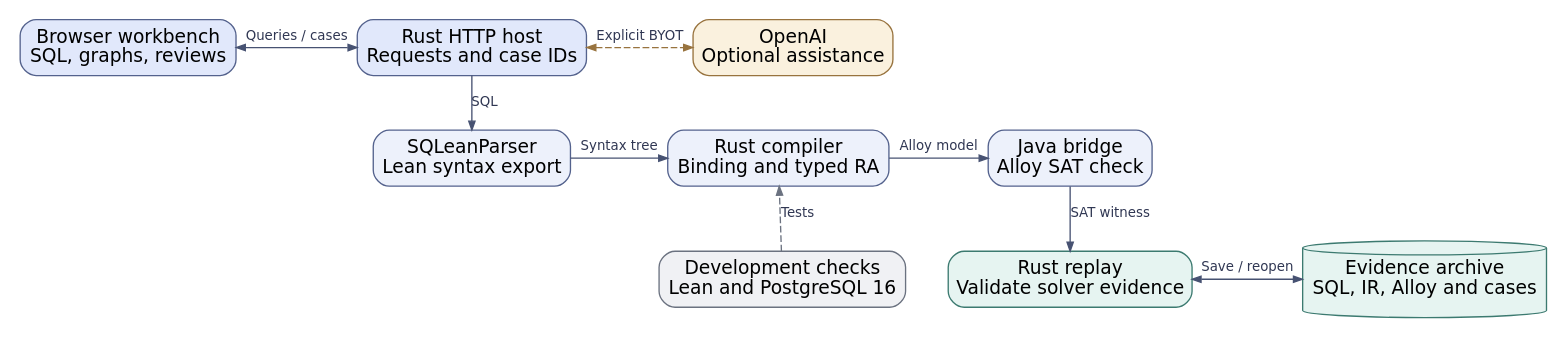
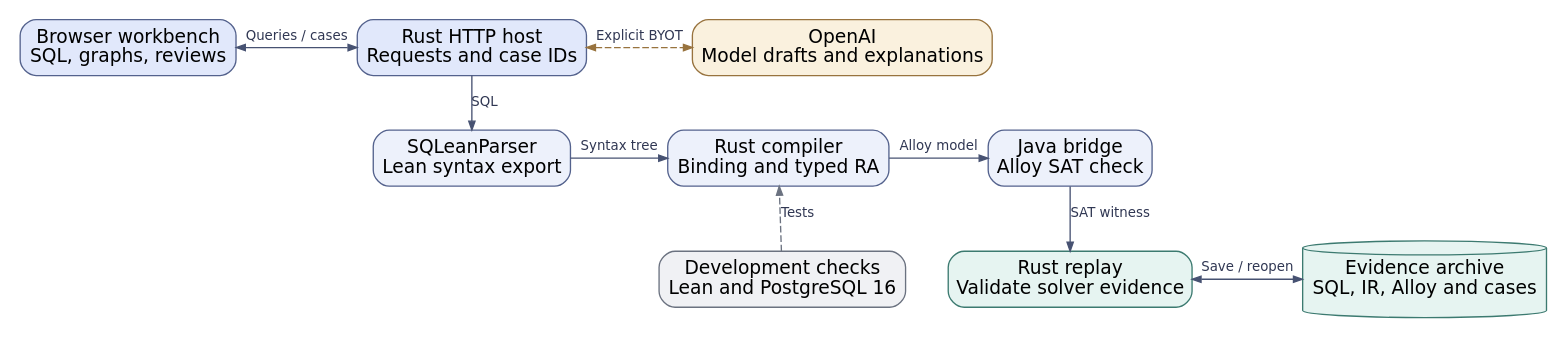
The diagram in paper/architecture.dot (University-of-Wild-Chicken/SQLolla), drawn with Graphviz before and after one commit. The commit also changed 5 other files, not shown here.

```diff
--- a/paper/architecture.dot
+++ b/paper/architecture.dot
@@ -1,32 +1,32 @@
 digraph SQLolla {
   graph [rankdir=TB, bgcolor="white", pad=0.10, nodesep=0.22, ranksep=0.40,
          fontname="DejaVu Sans", fontsize=11];
   node [shape=box, style="rounded,filled", color="#54628d", fillcolor="#edf1fb",
         fontname="DejaVu Sans", fontsize=14, width=1.31, margin="0.10,0.08"];
   edge [color="#475272", fontcolor="#303753", fontname="DejaVu Sans", fontsize=10,
         arrowsize=0.67];
 
   browser [label="Browser workbench\nSQL, graphs, reviews", fillcolor="#e1e8fb"];
   host [label="Rust HTTP host\nRequests and case IDs", fillcolor="#e1e8fb"];
-  provider [label="OpenAI\nOptional assistance", fillcolor="#faf1de", color="#98733e"];
+  provider [label="OpenAI\nModel drafts and explanations", fillcolor="#faf1de", color="#98733e"];
   parser [label="SQLeanParser\nLean syntax export"];
   compile [label="Rust compiler\nBinding and typed RA"];
   alloy [label="Java bridge\nAlloy SAT check"];
   verify [label="Development checks\nLean and PostgreSQL 16", fillcolor="#f0f1f4", color="#6b7280"];
   replay [label="Rust replay\nValidate solver evidence", fillcolor="#e6f4f1", color="#3c7a70"];
   store [label="Evidence archive\nSQL, IR, Alloy and cases", shape=cylinder,
          fillcolor="#e6f4f1", color="#3c7a70"];
 
   { rank=same; browser; host; provider }
   { rank=same; parser; compile; alloy }
   { rank=same; verify; replay; store }
   browser -> host [dir=both, label="Queries / cases"];
   host -> provider [dir=both, style=dashed, color="#98733e", label="Explicit BYOT"];
   host -> parser [label="SQL"];
   parser -> compile [label="Syntax tree"];
   compile -> alloy [label="Alloy model"];
   alloy -> replay [label="SAT witness"];
   verify -> compile [constraint=false, style=dashed, color="#6b7280", label="Tests"];
   verify -> replay [style=invis];
   replay -> store [dir=both, label="Save / reopen"];
 }
```
